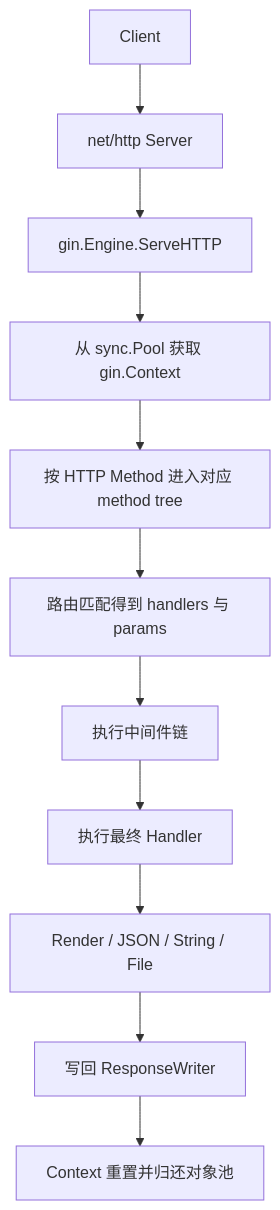
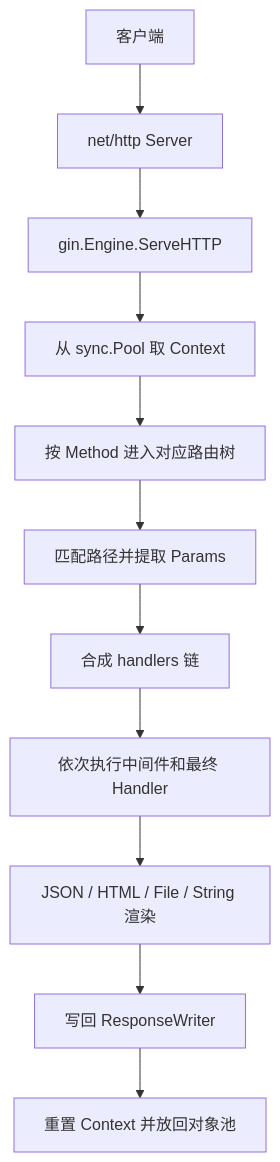
One commit to Lanvender4444/LearnGin changed the diagram in Learn Gin.md. Above: the diagram before and after it, drawn with Mermaid. The commit also changed other lines of this file, not shown here.

````diff
--- a/Learn Gin.md
+++ b/Learn Gin.md
@@ -78,13 +82,13 @@
 ```mermaid
 flowchart TD
-    A["Client"] --> B["net/http Server"]
+    A["客户端"] --> B["net/http Server"]
     B --> C["gin.Engine.ServeHTTP"]
-    C --> D["从 sync.Pool 获取 gin.Context"]
-    D --> E["按 HTTP Method 进入对应 method tree"]
-    E --> F["路由匹配得到 handlers 与 params"]
-    F --> G["执行中间件链"]
-    G --> H["执行最终 Handler"]
-    H --> I["Render / JSON / String / File"]
+    C --> D["从 sync.Pool 取 Context"]
+    D --> E["按 Method 进入对应路由树"]
+    E --> F["匹配路径并提取 Params"]
+    F --> G["合成 handlers 链"]
+    G --> H["依次执行中间件和最终 Handler"]
+    H --> I["JSON / HTML / File / String 渲染"]
     I --> J["写回 ResponseWriter"]
-    J --> K["Context 重置并归还对象池"]
+    J --> K["重置 Context 并放回对象池"]
 ```
````
